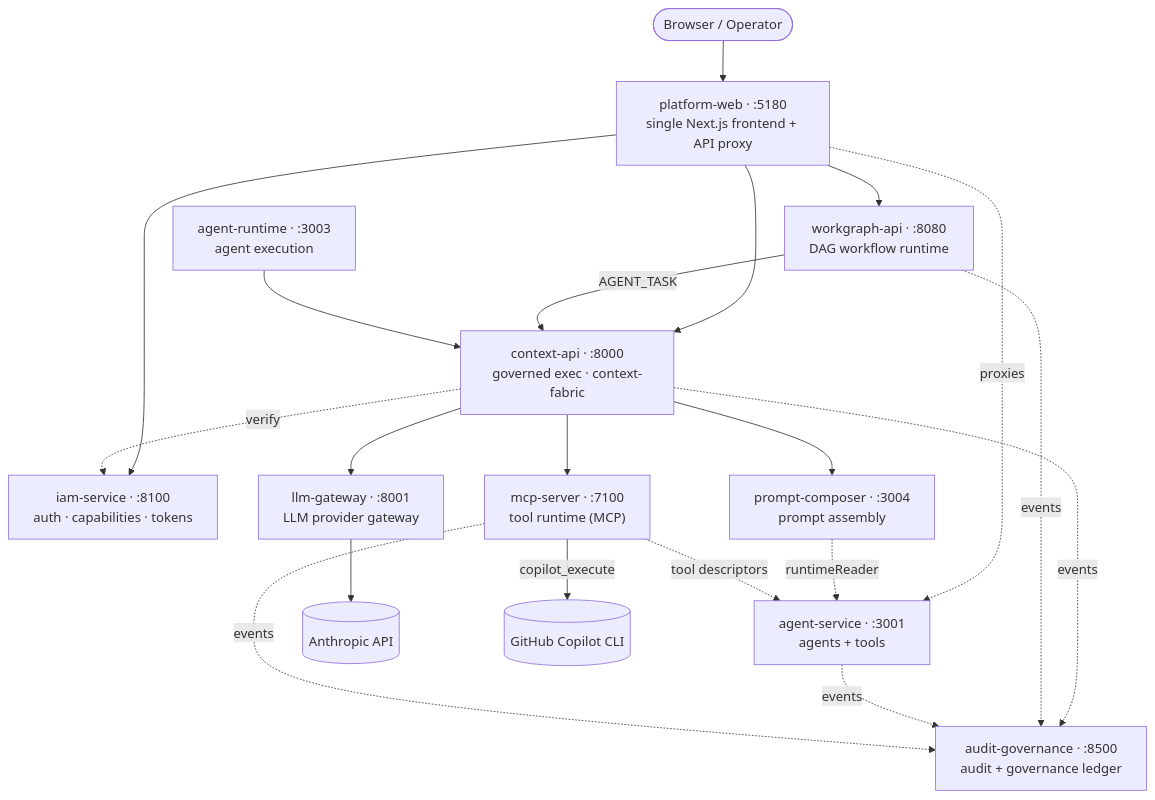
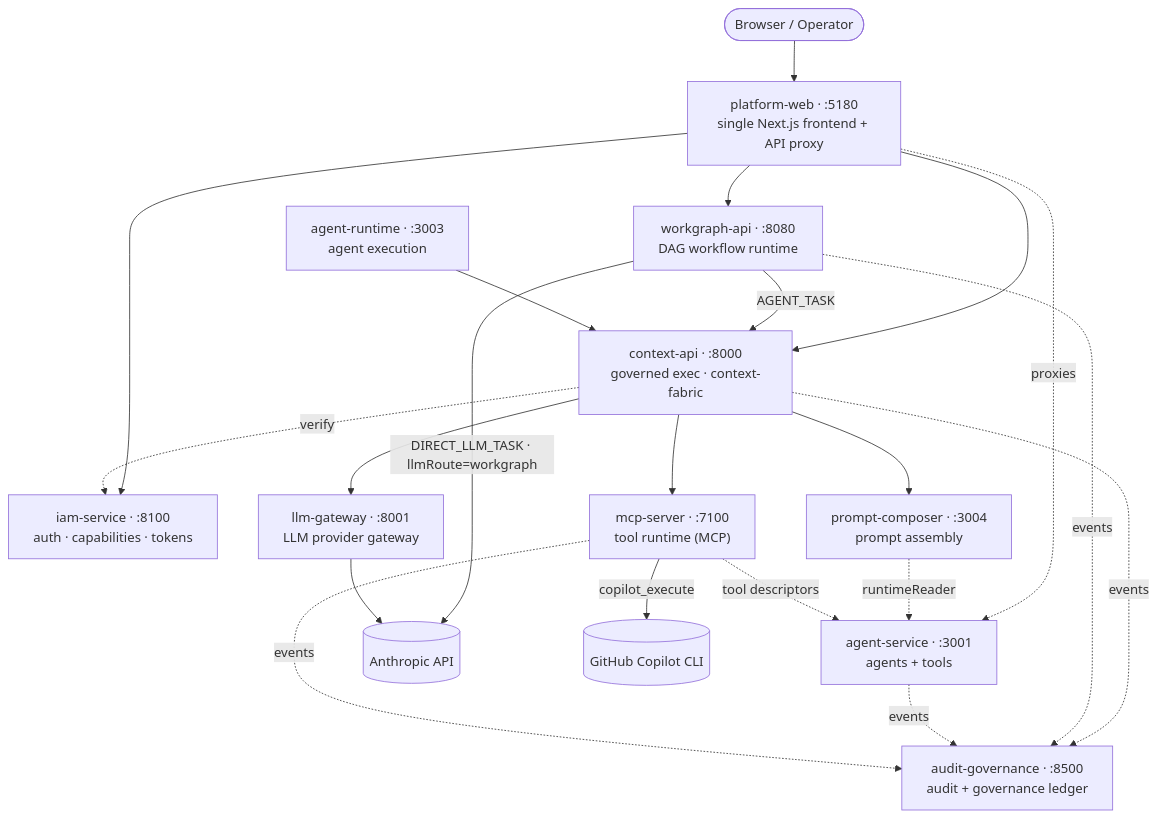
Before and after one commit to ashokraj2011/singularity-platform: the first of 5 diagrams in docs/architecture-overview.md, drawn with Mermaid. The commit also changed other lines of this file and 1 other file, not shown here.

````diff
--- a/docs/architecture-overview.md
+++ b/docs/architecture-overview.md
@@ -11,36 +11,37 @@
 ```mermaid
 flowchart TD
   OP([Browser / Operator])
   PW["platform-web · :5180<br/>single Next.js frontend + API proxy"]
   IAM["iam-service · :8100<br/>auth · capabilities · tokens"]
   WG["workgraph-api · :8080<br/>DAG workflow runtime"]
   CF["context-api · :8000<br/>governed exec · context-fabric"]
   AR["agent-runtime · :3003<br/>agent execution"]
   PC["prompt-composer · :3004<br/>prompt assembly"]
   MCP["mcp-server · :7100<br/>tool runtime (MCP)"]
   LLM["llm-gateway · :8001<br/>LLM provider gateway"]
   AS["agent-service · :3001<br/>agents + tools"]
   AG["audit-governance · :8500<br/>audit + governance ledger"]
   ANT[(Anthropic API)]
   COP[(GitHub Copilot CLI)]
 
   OP --> PW
   PW --> WG
   PW --> CF
   PW --> IAM
   PW -. proxies .-> AS
   WG -- AGENT_TASK --> CF
+  WG -- "DIRECT_LLM_TASK · llmRoute=workgraph" --> ANT
   CF --> PC
   CF --> MCP
   CF --> LLM
   AR --> CF
   PC -. runtimeReader .-> AS
   MCP -. tool descriptors .-> AS
   MCP -- copilot_execute --> COP
   LLM --> ANT
   CF -. verify .-> IAM
   CF -. events .-> AG
   WG -. events .-> AG
   AS -. events .-> AG
   MCP -. events .-> AG
 ```
````
